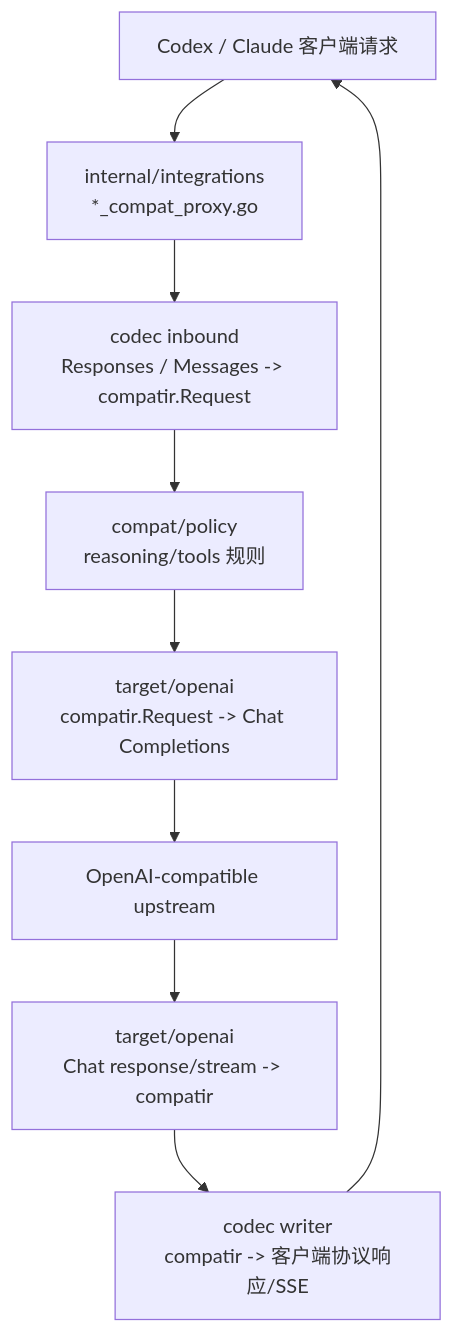
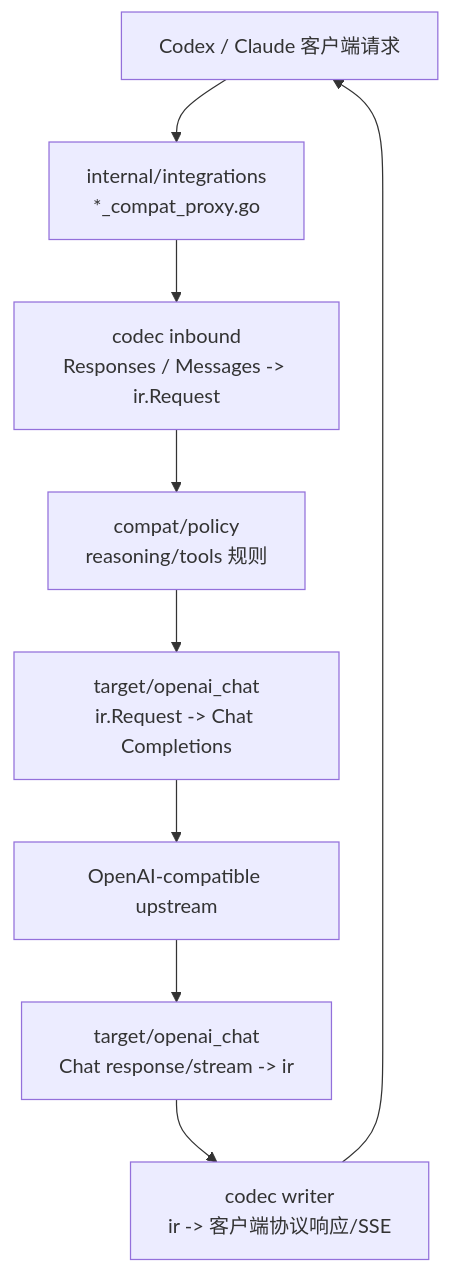
The seventh of 7 diagrams in docs/internal-architecture.md (zhangsanfeng1094/spark), drawn with Mermaid before and after one commit. The commit also changed other lines of this file and 92 other files, not shown here.

````diff
--- a/docs/internal-architecture.md
+++ b/docs/internal-architecture.md
@@ -213,14 +220,14 @@
 ```mermaid
 flowchart TD
     Client[Codex / Claude 客户端请求]
     Proxy[internal/integrations<br/>*_compat_proxy.go]
-    Inbound[codec inbound<br/>Responses / Messages -> compatir.Request]
+    Inbound[codec inbound<br/>Responses / Messages -> ir.Request]
     Policy[compat/policy<br/>reasoning/tools 规则]
-    Outbound[target/openai<br/>compatir.Request -> Chat Completions]
+    Outbound[target/openai_chat<br/>ir.Request -> Chat Completions]
     Upstream[OpenAI-compatible upstream]
-    Response[target/openai<br/>Chat response/stream -> compatir]
-    Writer[codec writer<br/>compatir -> 客户端协议响应/SSE]
+    Response[target/openai_chat<br/>Chat response/stream -> ir]
+    Writer[codec writer<br/>ir -> 客户端协议响应/SSE]
 
     Client --> Proxy --> Inbound --> Policy --> Outbound --> Upstream
     Upstream --> Response --> Writer --> Client
 ```
````
